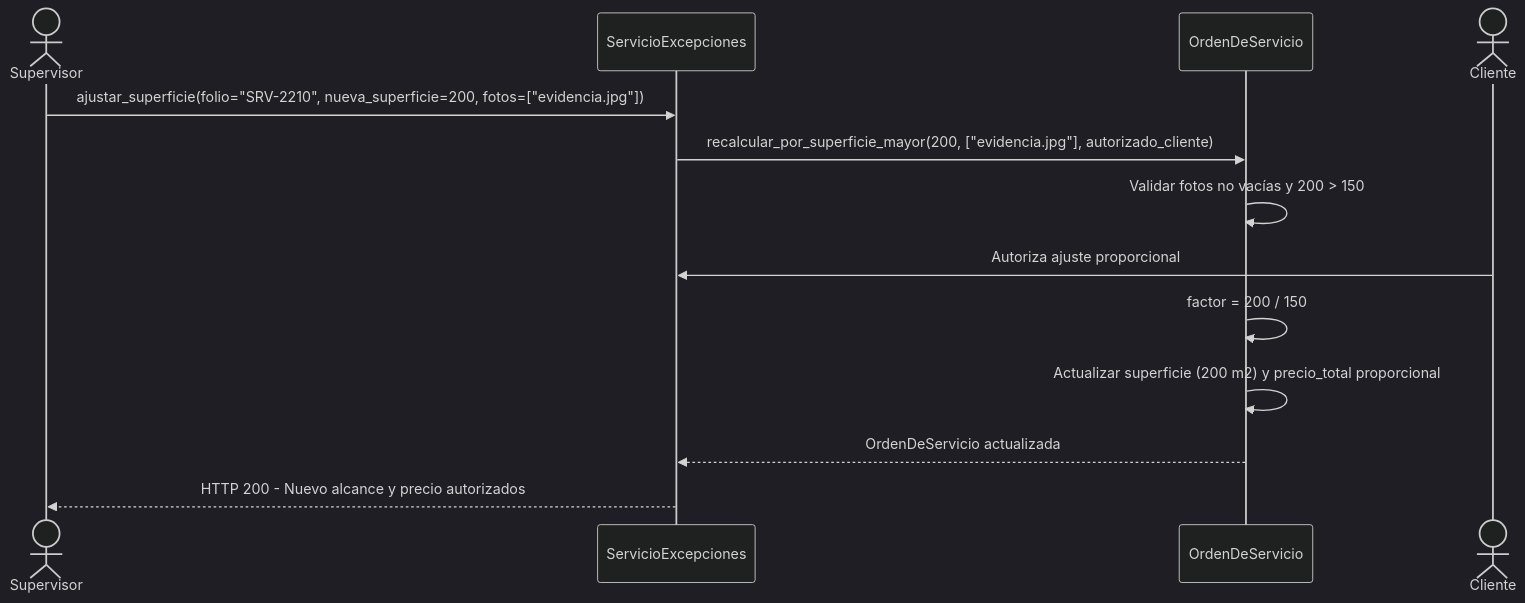
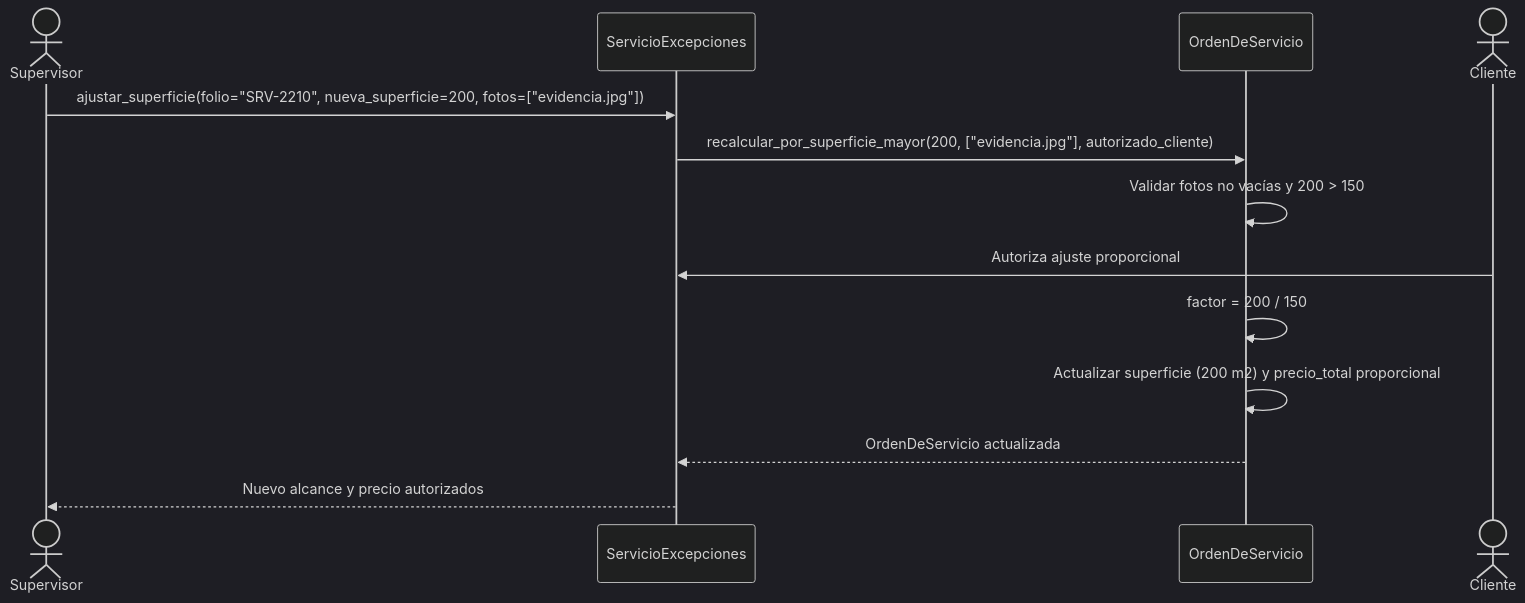
The fifth of 6 diagrams in docs/architecture/Diagramas_UML.md (DamiNerio/CleanPro-CLNG-PIA-), drawn with Mermaid (dark theme) before and after one commit. The commit also changed other lines of this file, not shown here.

Commit message:
modified:   docs/architecture/Diagramas_UML.md

````diff
--- a/docs/architecture/Diagramas_UML.md
+++ b/docs/architecture/Diagramas_UML.md
@@ -235,16 +237,16 @@
 ```mermaid
 sequenceDiagram
     actor Supervisor
     participant SE as ServicioExcepciones
     participant OS as OrdenDeServicio
     actor Cliente
 
     Supervisor->>SE: ajustar_superficie(folio="SRV-2210", nueva_superficie=200, fotos=["evidencia.jpg"])
     SE->>OS: recalcular_por_superficie_mayor(200, ["evidencia.jpg"], autorizado_cliente)
     OS->>OS: Validar fotos no vacías y 200 > 150
     Cliente->>SE: Autoriza ajuste proporcional
     OS->>OS: factor = 200 / 150
     OS->>OS: Actualizar superficie (200 m2) y precio_total proporcional
     OS-->>SE: OrdenDeServicio actualizada
-    SE-->>Supervisor: HTTP 200 - Nuevo alcance y precio autorizados
+    SE-->>Supervisor: Nuevo alcance y precio autorizados
 ```
````
